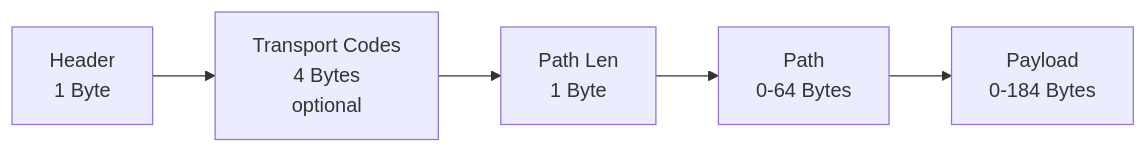
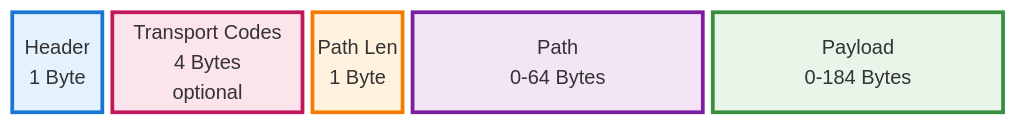
Before and after one commit to Neukirchener/website: the third of 17 diagrams in docs/meshcore/packet-structure.md, drawn with Mermaid. The commit also changed other lines of this file, not shown here.

````diff
--- a/docs/meshcore/packet-structure.md
+++ b/docs/meshcore/packet-structure.md
@@ -51,7 +58,15 @@
 ```mermaid
-graph LR
-    A[Header<br/>1 Byte] --> B[Transport Codes<br/>4 Bytes<br/>optional]
-    B --> C[Path Len<br/>1 Byte]
-    C --> D[Path<br/>0-64 Bytes]
-    D --> E[Payload<br/>0-184 Bytes]
+block-beta
+  columns 11
+  H["Header<br/>1 Byte"]:1
+  TC["Transport Codes<br/>4 Bytes<br/>optional"]:2
+  PL["Path Len<br/>1 Byte"]:1
+  PT["Path<br/>0-64 Bytes"]:3
+  PD["Payload<br/>0-184 Bytes"]:3
+
+  style H fill:#e3f2fd,stroke:#1976d2,stroke-width:3px
+  style TC fill:#fce4ec,stroke:#c2185b,stroke-width:3px
+  style PL fill:#fff3e0,stroke:#f57c00,stroke-width:3px
+  style PT fill:#f3e5f5,stroke:#7b1fa2,stroke-width:3px
+  style PD fill:#e8f5e9,stroke:#388e3c,stroke-width:3px
 ```
````
